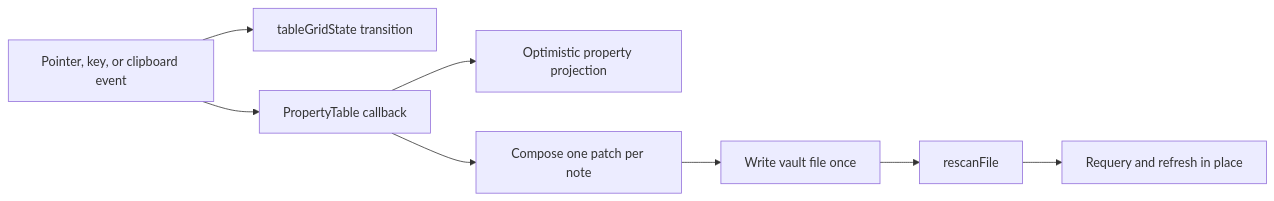
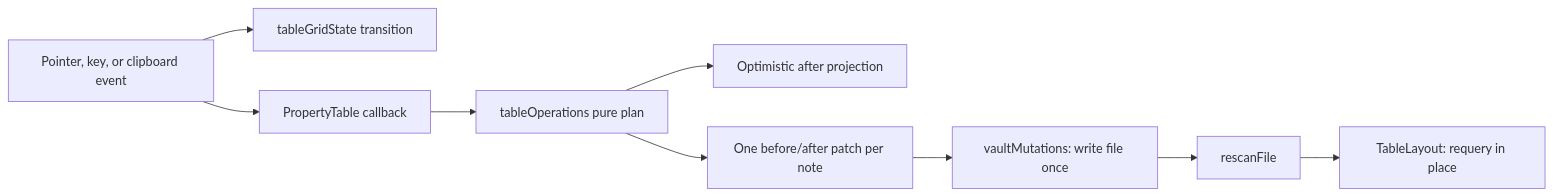
The diagram in docs/recipes/verify-table-interactions.md (waffle-page/waffle), drawn with Mermaid before and after one commit. The commit also changed other lines of this file and 22 other files, not shown here.

````diff
--- a/docs/recipes/verify-table-interactions.md
+++ b/docs/recipes/verify-table-interactions.md
@@ -38,10 +42,11 @@
 ```mermaid
 flowchart LR
     E["Pointer, key, or clipboard event"] --> S["tableGridState transition"]
     E --> P["PropertyTable callback"]
-    P --> O["Optimistic property projection"]
-    P --> C["Compose one patch per note"]
-    C --> W["Write vault file once"]
+    P --> O["tableOperations pure plan"]
+    O --> X["Optimistic after projection"]
+    O --> C["One before/after patch per note"]
+    C --> W["vaultMutations: write file once"]
     W --> R["rescanFile"]
-    R --> Q["Requery and refresh in place"]
+    R --> Q["TableLayout: requery in place"]
 ```
````
